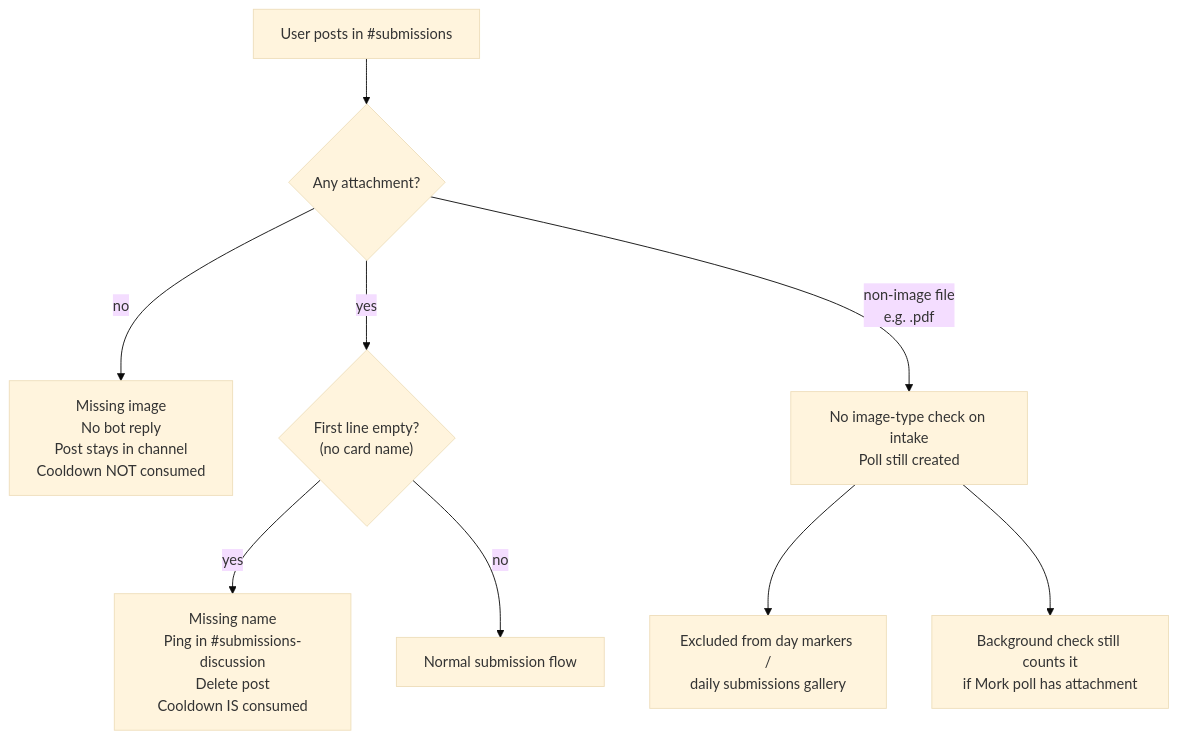
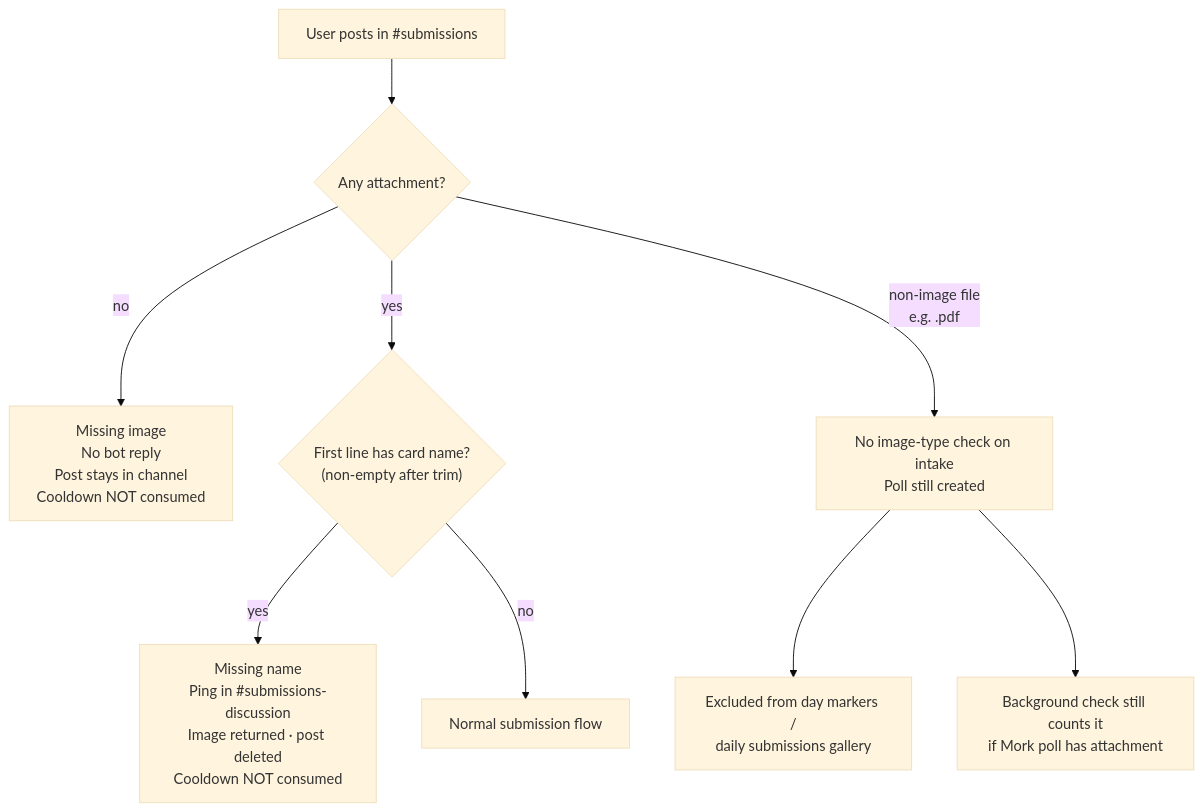
One commit to bones-bones/mork changed the second of 6 diagrams in docs/card-flows/submissions.md. Above: the diagram before and after it, drawn with Mermaid (base theme). The commit also changed other lines of this file and 7 other files, not shown here.

````diff
--- a/docs/card-flows/submissions.md
+++ b/docs/card-flows/submissions.md
@@ -48,13 +48,13 @@
 ```mermaid
 flowchart TD
   POST["User posts in #submissions"] --> A{"Any attachment?"}
 
   A -->|no| MI["Missing image<br/>No bot reply<br/>Post stays in channel<br/>Cooldown NOT consumed"]
-  A -->|yes| B{"First line empty?<br/>(no card name)"}
-  B -->|yes| NN["Missing name<br/>Ping in #submissions-discussion<br/>Delete post<br/>Cooldown IS consumed"]
+  A -->|yes| B{"First line has card name?<br/>(non-empty after trim)"}
+  B -->|yes| NN["Missing name<br/>Ping in #submissions-discussion<br/>Image returned · post deleted<br/>Cooldown NOT consumed"]
   B -->|no| OK["Normal submission flow"]
 
   A -->|non-image file<br/>e.g. .pdf| NI["No image-type check on intake<br/>Poll still created"]
   NI --> GAL["Excluded from day markers /<br/>daily submissions gallery"]
   NI --> CHK["Background check still counts it<br/>if Mork poll has attachment"]
 ```
````
